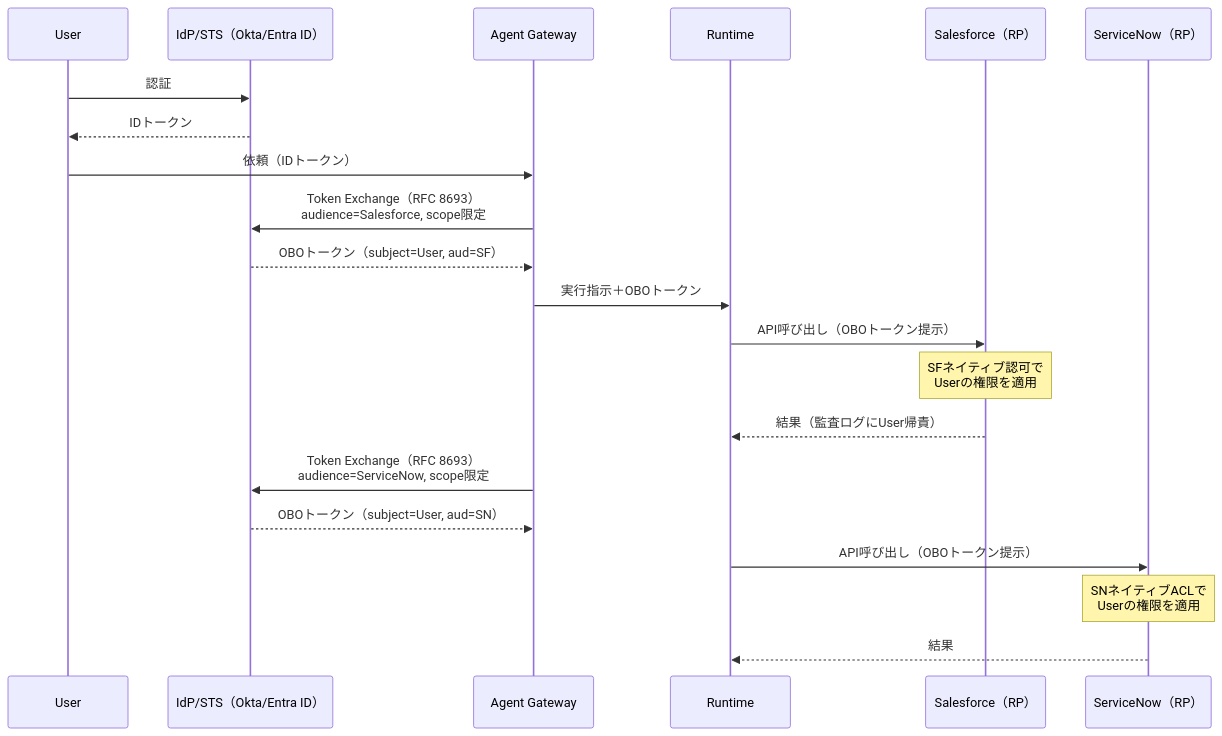
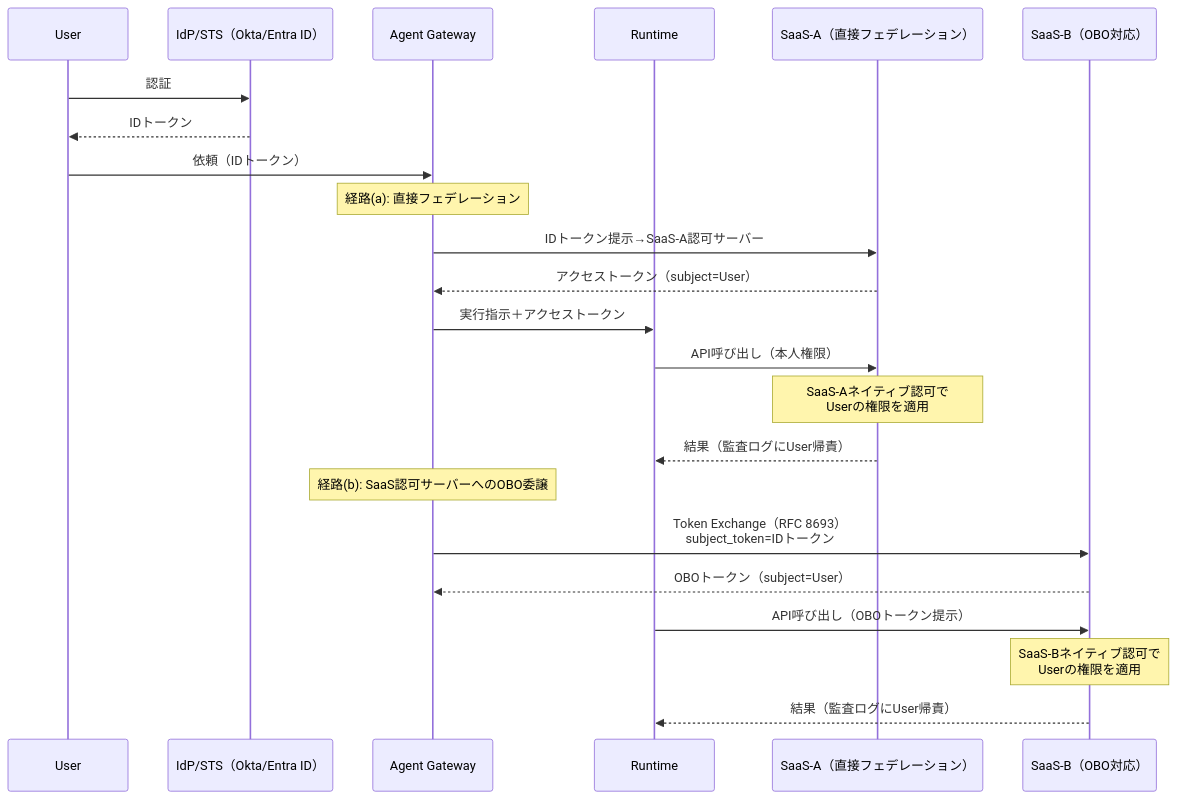
Before and after one commit to shibuiwilliam/enterprise-agent-reference-architectures: the diagram in docs/patterns/id-identity/id2-identity-federation-obo.md, drawn with Mermaid. The commit also changed other lines of this file and 52 other files, not shown here.

````diff
--- a/docs/patterns/id-identity/id2-identity-federation-obo.md
+++ b/docs/patterns/id-identity/id2-identity-federation-obo.md
@@ -34,24 +53,28 @@
 ```mermaid
 sequenceDiagram
     participant U as User
     participant IdP as IdP/STS（Okta/Entra ID）
     participant GW as Agent Gateway
     participant RT as Runtime
-    participant SF as Salesforce（RP）
-    participant SW as ServiceNow（RP）
+    participant SF as SaaS-A（直接フェデレーション）
+    participant SW as SaaS-B（OBO対応）
 
     U->>IdP: 認証
     IdP-->>U: IDトークン
     U->>GW: 依頼（IDトークン）
-    GW->>IdP: Token Exchange（RFC 8693）<br/>audience=Salesforce, scope限定
-    IdP-->>GW: OBOトークン（subject=User, aud=SF）
-    GW->>RT: 実行指示＋OBOトークン
-    RT->>SF: API呼び出し（OBOトークン提示）
-    note over SF: SFネイティブ認可で<br/>Userの権限を適用
+
+    note over GW: 経路(a): 直接フェデレーション
+    GW->>SF: IDトークン提示→SaaS-A認可サーバー
+    SF-->>GW: アクセストークン（subject=User）
+    GW->>RT: 実行指示＋アクセストークン
+    RT->>SF: API呼び出し（本人権限）
+    note over SF: SaaS-Aネイティブ認可で<br/>Userの権限を適用
     SF-->>RT: 結果（監査ログにUser帰責）
-    GW->>IdP: Token Exchange（RFC 8693）<br/>audience=ServiceNow, scope限定
-    IdP-->>GW: OBOトークン（subject=User, aud=SN）
+
+    note over GW: 経路(b): SaaS認可サーバーへのOBO委譲
+    GW->>SW: Token Exchange（RFC 8693）<br/>subject_token=IDトークン
+    SW-->>GW: OBOトークン（subject=User）
     RT->>SW: API呼び出し（OBOトークン提示）
-    note over SW: SNネイティブACLで<br/>Userの権限を適用
-    SW-->>RT: 結果
+    note over SW: SaaS-Bネイティブ認可で<br/>Userの権限を適用
+    SW-->>RT: 結果（監査ログにUser帰責）
 ```
````
